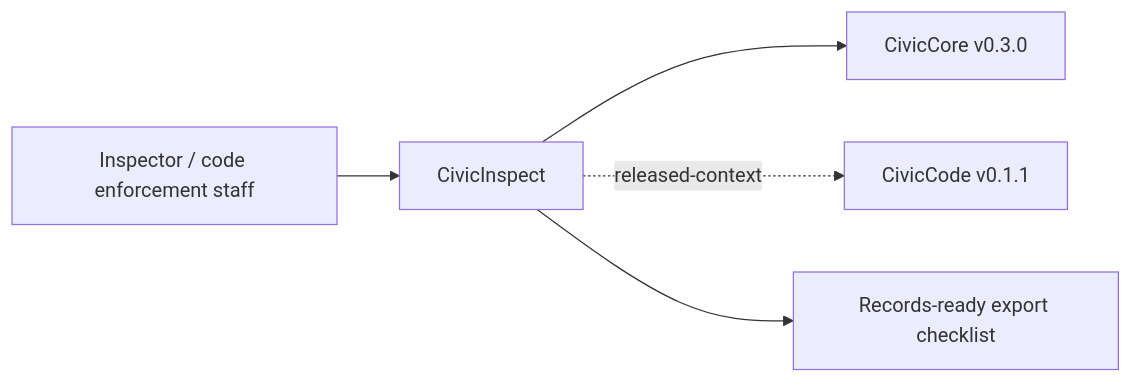
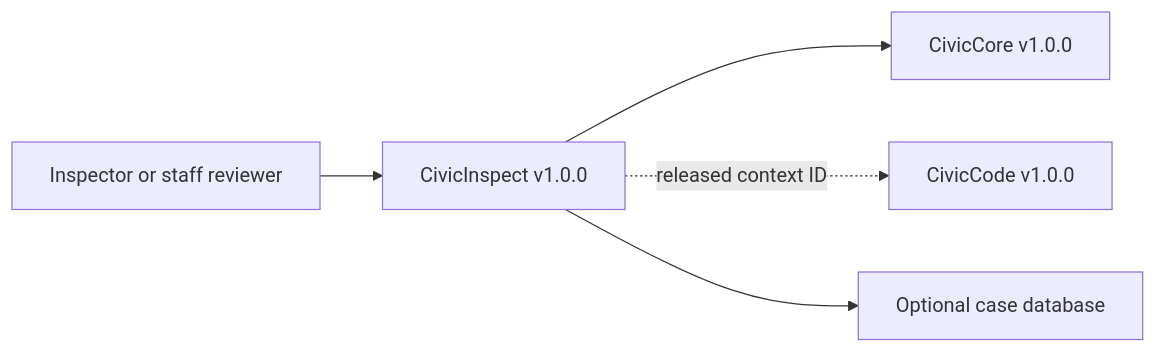
One commit to CivicSuite/civicinspect changed the diagram in USER-MANUAL.md. Above: the diagram before and after it, drawn with Mermaid. The commit also changed other lines of this file and 29 other files, not shown here.

Commit message:
feat: release CivicInspect v1.0.0

````diff
--- a/USER-MANUAL.md
+++ b/USER-MANUAL.md
@@ -32,7 +36,7 @@
 ```mermaid
 flowchart LR
-  Inspector["Inspector / code enforcement staff"] --> CivicInspect["CivicInspect"]
-  CivicInspect --> CivicCore["CivicCore v0.3.0"]
-  CivicInspect -. released-context .-> CivicCode["CivicCode v0.1.1"]
-  CivicInspect --> Export["Records-ready export checklist"]
+  Staff["Inspector or staff reviewer"] --> CivicInspect["CivicInspect v1.0.0"]
+  CivicInspect --> CivicCore["CivicCore v1.0.0"]
+  CivicInspect -. released context ID .-> CivicCode["CivicCode v1.0.0"]
+  CivicInspect --> DB["Optional case database"]
 ```
````
